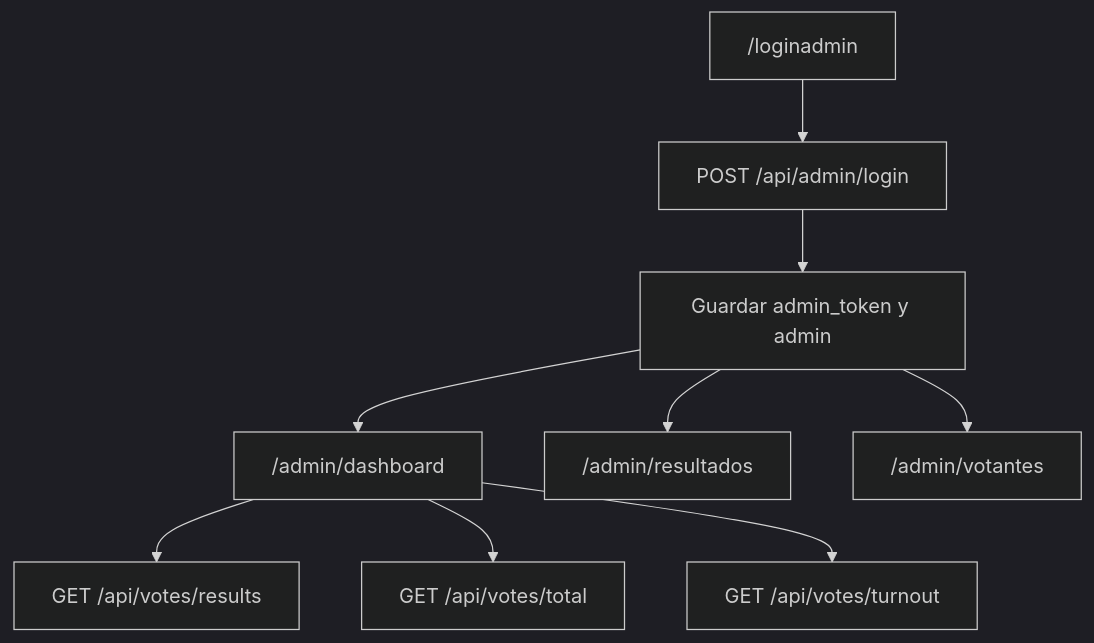
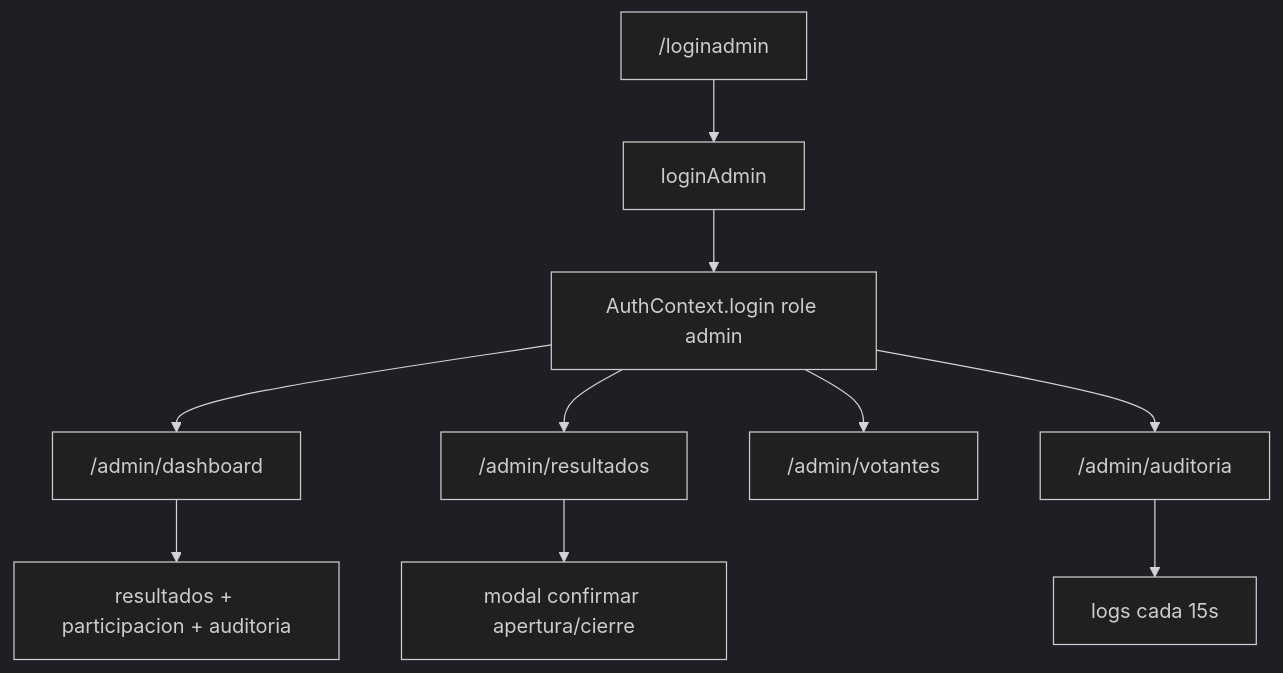
One commit to mofuel/Nexa-Vote-Front changed the fourth of 4 diagrams in docs/03-rutas-y-flujos.md. Above: the diagram before and after it, drawn with Mermaid (dark theme). The commit also changed other lines of this file and 11 other files, not shown here.

````diff
--- a/docs/03-rutas-y-flujos.md
+++ b/docs/03-rutas-y-flujos.md
@@ -95,11 +70,12 @@
 ```mermaid
 flowchart TD
-  A["/loginadmin"] --> B["POST /api/admin/login"]
-  B --> C["Guardar admin_token y admin"]
+  A["/loginadmin"] --> B["loginAdmin"]
+  B --> C["AuthContext.login role admin"]
   C --> D["/admin/dashboard"]
-  D --> E["GET /api/votes/results"]
-  D --> F["GET /api/votes/total"]
-  D --> G["GET /api/votes/turnout"]
-  C --> H["/admin/resultados"]
-  C --> I["/admin/votantes"]
+  C --> E["/admin/resultados"]
+  C --> F["/admin/votantes"]
+  C --> G["/admin/auditoria"]
+  D --> H["resultados + participacion + auditoria"]
+  E --> I["modal confirmar apertura/cierre"]
+  G --> J["logs cada 15s"]
 ```
````
